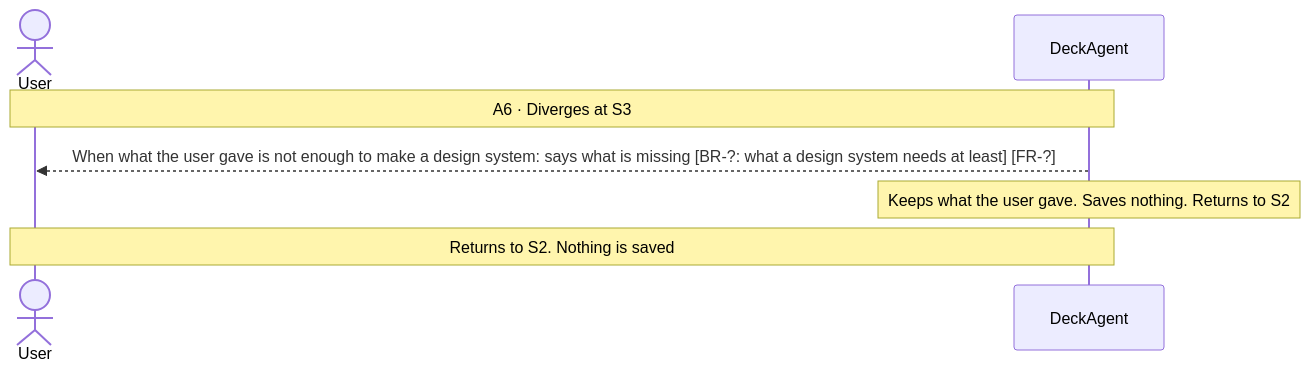
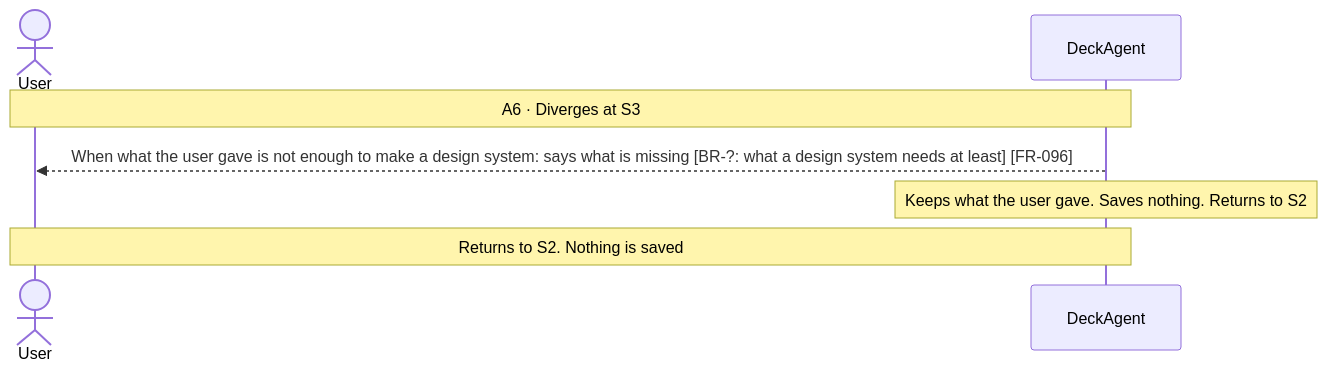
The seventh of 8 diagrams in docs/spec/03-use-cases/UC-010.md (Luke23127006/DeckAgent), drawn with Mermaid before and after one commit. The commit also changed other lines of this file and 31 other files, not shown here.

````diff
--- a/docs/spec/03-use-cases/UC-010.md
+++ b/docs/spec/03-use-cases/UC-010.md
@@ -126,9 +127,9 @@
 ```mermaid
 sequenceDiagram
     actor User
     participant DeckAgent
     Note over User,DeckAgent: A6 · Diverges at S3
-    DeckAgent-->>User: When what the user gave is not enough to make a design system: says what is missing [BR-?: what a design system needs at least] [FR-?]
+    DeckAgent-->>User: When what the user gave is not enough to make a design system: says what is missing [BR-?: what a design system needs at least] [FR-096]
     note over DeckAgent: Keeps what the user gave. Saves nothing. Returns to S2
     Note over User,DeckAgent: Returns to S2. Nothing is saved
 ```
````
